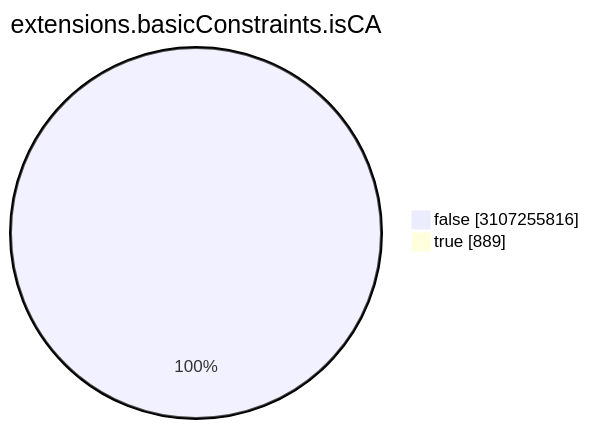
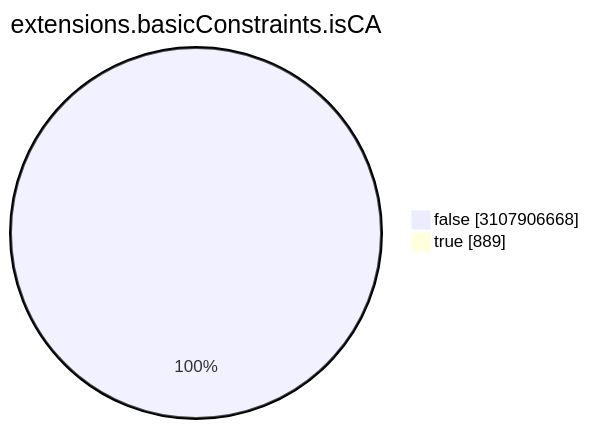
One commit to christiankrug/ctmonitor_visualization changed the seventh of 15 diagrams in TOTAL/README.md. Above: the diagram before and after it, drawn with Mermaid. The commit also changed other lines of this file, not shown here.

````diff
--- a/TOTAL/README.md
+++ b/TOTAL/README.md
@@ -3086,6 +3086,6 @@
 ```mermaid
 pie showData
 title extensions.basicConstraints.isCA
-"false" :3107255816
+"false" :3107906668
 "true" :889
 ```
````
